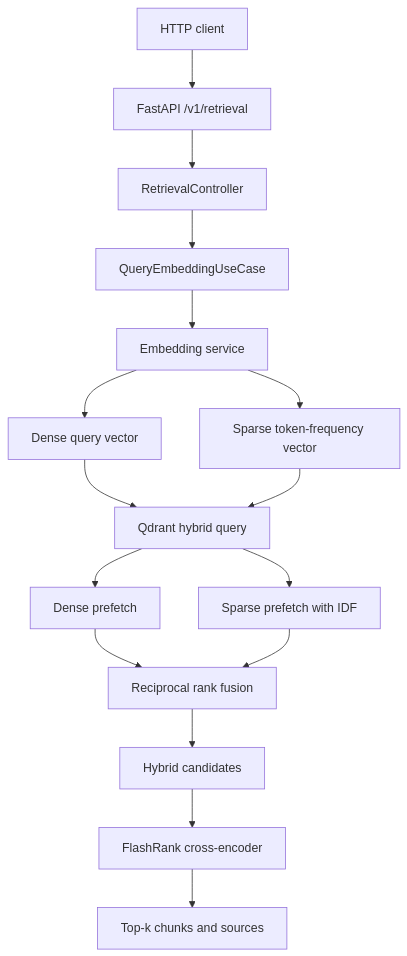
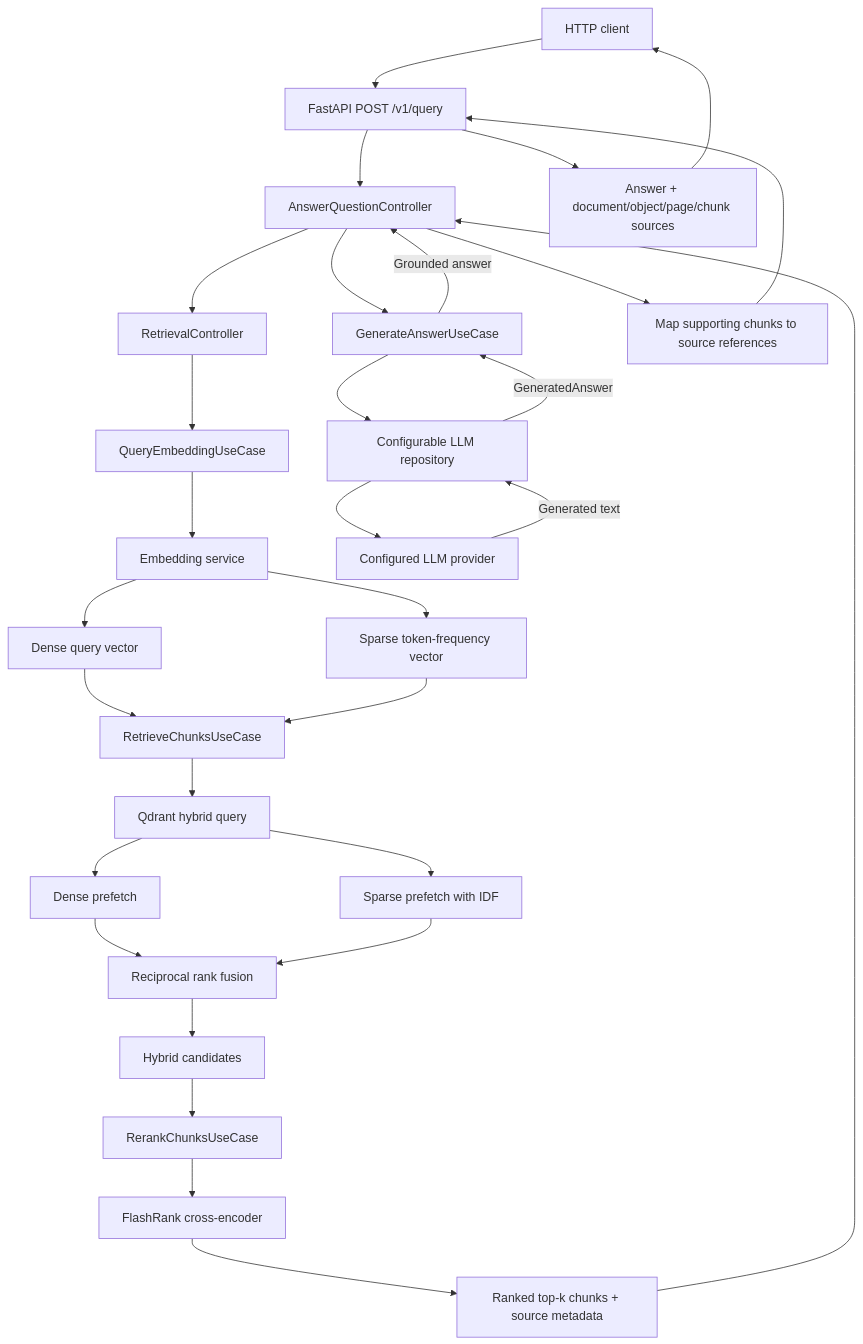
One commit to tolga-kabadurmus/enterprise-rag-retrieval changed the first of 2 diagrams in README.md. Above: the diagram before and after it, drawn with Mermaid. The commit also changed other lines of this file and 29 other files, not shown here.

````diff
--- a/README.md
+++ b/README.md
@@ -19,18 +26,32 @@
 ```mermaid
 flowchart TD
-    Client[HTTP client] --> API[FastAPI /v1/retrieval]
-    API --> Controller[RetrievalController]
-    Controller --> Embed[QueryEmbeddingUseCase]
+    Client[HTTP client] --> API[FastAPI POST /v1/query]
+    API --> AnswerController[AnswerQuestionController]
+    AnswerController --> RetrievalController[RetrievalController]
+    RetrievalController --> Embed[QueryEmbeddingUseCase]
     Embed --> EmbeddingService[Embedding service]
     EmbeddingService --> Dense[Dense query vector]
     EmbeddingService --> Sparse[Sparse token-frequency vector]
-    Dense --> Qdrant[Qdrant hybrid query]
-    Sparse --> Qdrant
+    Dense --> Retrieve[RetrieveChunksUseCase]
+    Sparse --> Retrieve
+    Retrieve --> Qdrant[Qdrant hybrid query]
     Qdrant --> DensePrefetch[Dense prefetch]
     Qdrant --> SparsePrefetch[Sparse prefetch with IDF]
     DensePrefetch --> RRF[Reciprocal rank fusion]
     SparsePrefetch --> RRF
     RRF --> Candidates[Hybrid candidates]
-    Candidates --> FlashRank[FlashRank cross-encoder]
-    FlashRank --> Chunks[Top-k chunks and sources]
+    Candidates --> Rerank[RerankChunksUseCase]
+    Rerank --> FlashRank[FlashRank cross-encoder]
+    FlashRank --> Chunks[Ranked top-k chunks + source metadata]
+    Chunks --> AnswerController
+    AnswerController --> Generate[GenerateAnswerUseCase]
+    Generate --> LLMRepo[Configurable LLM repository]
+    LLMRepo --> LLM[Configured LLM provider]
+    LLM -->|Generated text| LLMRepo
+    LLMRepo -->|GeneratedAnswer| Generate
+    Generate -->|Grounded answer| AnswerController
+    AnswerController --> Sources[Map supporting chunks to source references]
+    Sources --> API
+    API --> Response[Answer + document/object/page/chunk sources]
+    Response --> Client
 ```
````
